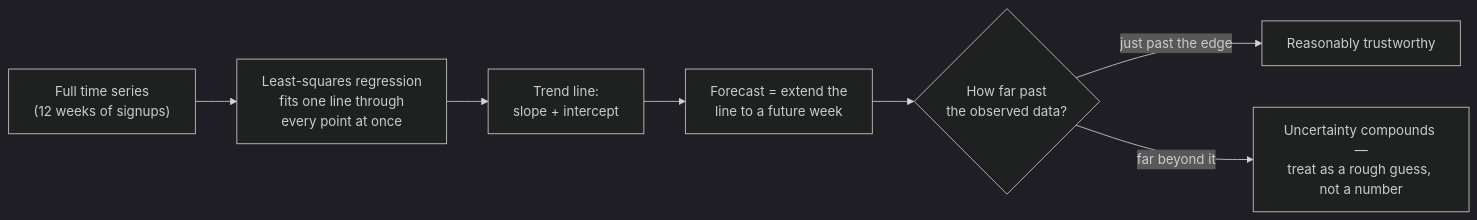
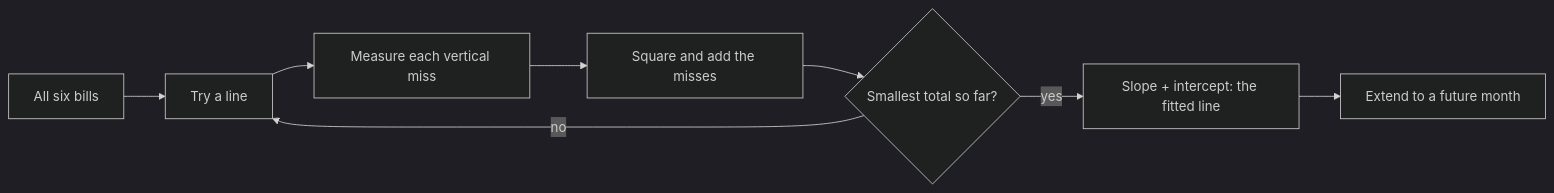
Before and after one commit to francoandreDev/knowledge: the diagram in src/content/applied-math/time-series-basics/L2-concept.mdx, drawn with Mermaid (dark theme). The commit also changed other lines of this file and 3 other files, not shown here.

Commit message:
Migrate applied-math/time-series-basics to the three-tier exercise model

````diff
--- a/src/content/applied-math/time-series-basics/L2-concept.mdx
+++ b/src/content/applied-math/time-series-basics/L2-concept.mdx
@@ -62,9 +47,10 @@
 ```mermaid
 flowchart LR
-    A["Full time series\n(12 weeks of signups)"] --> B["Least-squares regression\nfits one line through\nevery point at once"]
-    B --> C["Trend line:\nslope + intercept"]
-    C --> D["Forecast = extend the\nline to a future week"]
-    D --> E{"How far past\nthe observed data?"}
-    E -->|"just past the edge"| F["Reasonably trustworthy"]
-    E -->|"far beyond it"| G["Uncertainty compounds —\ntreat as a rough guess, not a number"]
+    A["All six bills"] --> B["Try a line"]
+    B --> C["Measure each vertical miss"]
+    C --> D["Square and add the misses"]
+    D --> E{"Smallest total so far?"}
+    E -->|"no"| B
+    E -->|"yes"| F["Slope + intercept: the fitted line"]
+    F --> G["Extend to a future month"]
 ```
````
